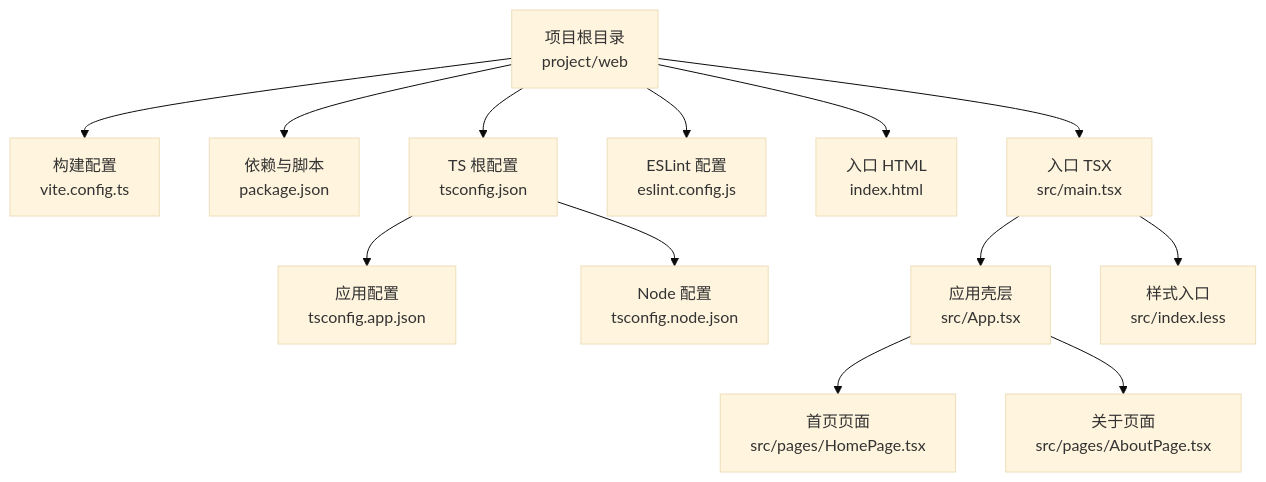
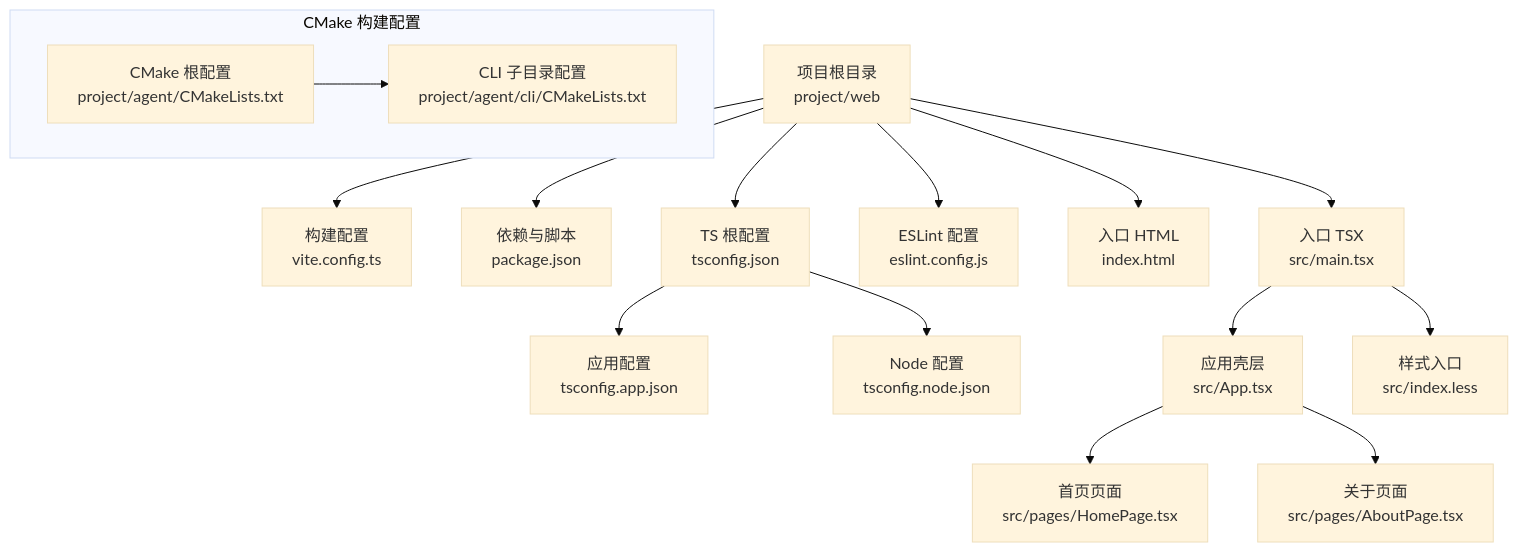
The first of 5 diagrams in .qoder/repowiki/zh/content/React 前端应用/构建与配置管理.md (tsxuehu/pi-guard), drawn with Mermaid (base theme) before and after one commit. The commit also changed other lines of this file and 7 other files, not shown here.

````diff
--- a/.qoder/repowiki/zh/content/React 前端应用/构建与配置管理.md
+++ b/.qoder/repowiki/zh/content/React 前端应用/构建与配置管理.md
@@ -45,15 +49,20 @@
 ```mermaid
 graph TB
 A["项目根目录<br/>project/web"] --> B["构建配置<br/>vite.config.ts"]
 A --> C["依赖与脚本<br/>package.json"]
 A --> D["TS 根配置<br/>tsconfig.json"]
 D --> D1["应用配置<br/>tsconfig.app.json"]
 D --> D2["Node 配置<br/>tsconfig.node.json"]
 A --> E["ESLint 配置<br/>eslint.config.js"]
 A --> F["入口 HTML<br/>index.html"]
 A --> G["入口 TSX<br/>src/main.tsx"]
 G --> H["应用壳层<br/>src/App.tsx"]
 H --> H1["首页页面<br/>src/pages/HomePage.tsx"]
 H --> H2["关于页面<br/>src/pages/AboutPage.tsx"]
 G --> I["样式入口<br/>src/index.less"]
+subgraph CMake 构建配置
+J["CMake 根配置<br/>project/agent/CMakeLists.txt"]
+K["CLI 子目录配置<br/>project/agent/cli/CMakeLists.txt"]
+J --> K
+end
 ```
````
